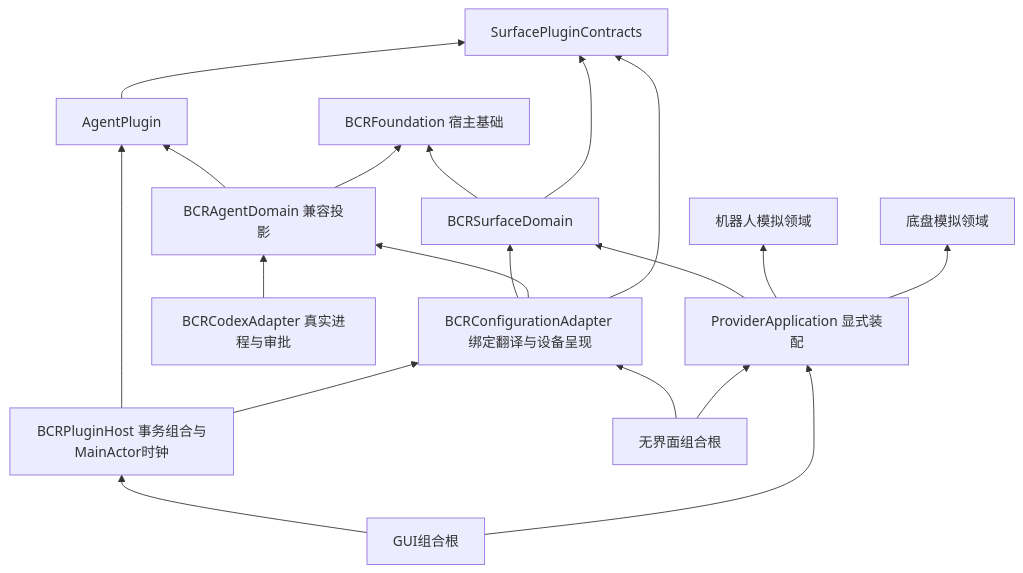
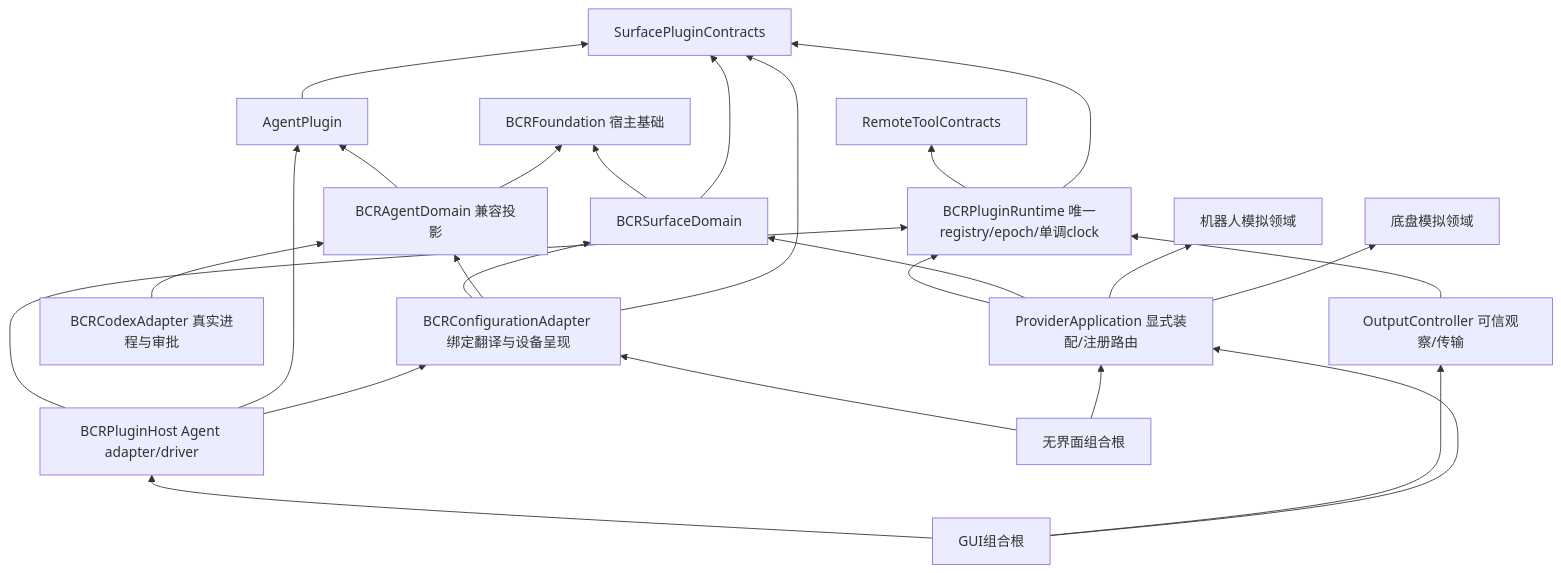
One commit to NorthBoundWisdom/BCR2000Dev changed the diagram in docs/adr/0001-provider-domain-boundaries.md. Above: the diagram before and after it, drawn with Mermaid. The commit also changed other lines of this file and 29 other files, not shown here.

````diff
--- a/docs/adr/0001-provider-domain-boundaries.md
+++ b/docs/adr/0001-provider-domain-boundaries.md
@@ -23,23 +23,30 @@
 ```mermaid
 flowchart BT
   Contracts[SurfacePluginContracts]
   SharedAgent[AgentPlugin] --> Contracts
   Foundation[BCRFoundation 宿主基础]
   Surface[BCRSurfaceDomain] --> Foundation
   Surface --> Contracts
   Compat[BCRAgentDomain 兼容投影] --> SharedAgent
   Compat --> Foundation
   Config[BCRConfigurationAdapter 绑定翻译与设备呈现] --> Surface
   Config --> Compat
   Config --> Contracts
-  Host[BCRPluginHost 事务组合与MainActor时钟] --> SharedAgent
+  Remote[RemoteToolContracts]
+  Runtime[BCRPluginRuntime 唯一registry/epoch/单调clock] --> Remote
+  Runtime --> Contracts
+  Host[BCRPluginHost Agent adapter/driver] --> Runtime
+  Host --> SharedAgent
   Host --> Config
   Codex[BCRCodexAdapter 真实进程与审批] --> Compat
-  Application[ProviderApplication 显式装配] --> Surface
+  Application[ProviderApplication 显式装配/注册路由] --> Runtime
+  Application --> Surface
   Application --> Robot[机器人模拟领域]
   Application --> Chassis[底盘模拟领域]
+  Output[OutputController 可信观察/传输] --> Runtime
   GUI[GUI组合根] --> Host
+  GUI --> Output
   GUI --> Application
   Service[无界面组合根] --> Config
   Service --> Application
 ```
````
